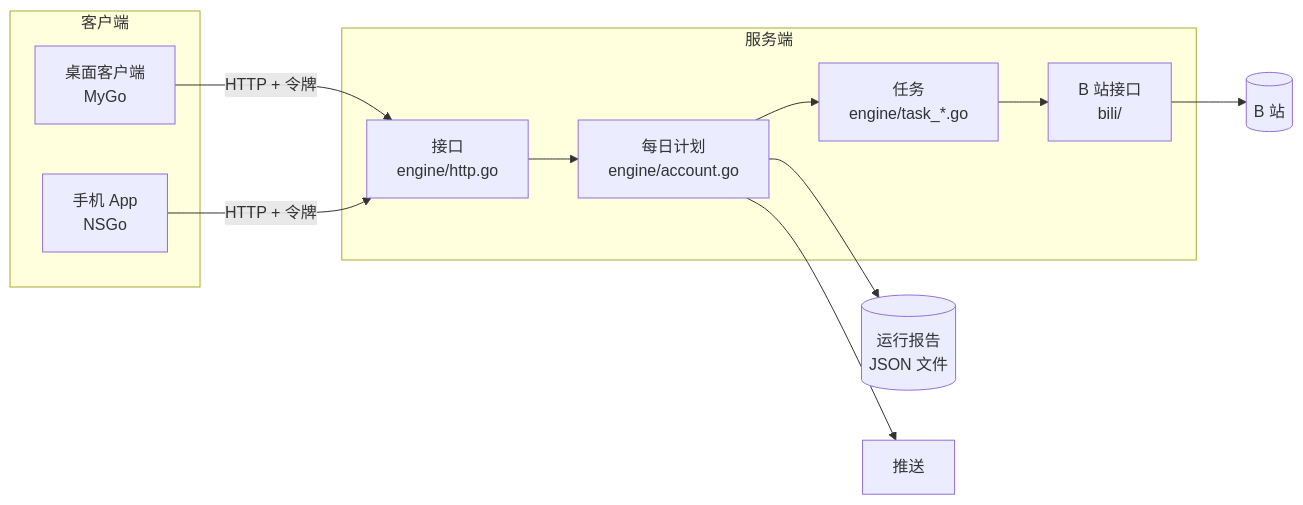
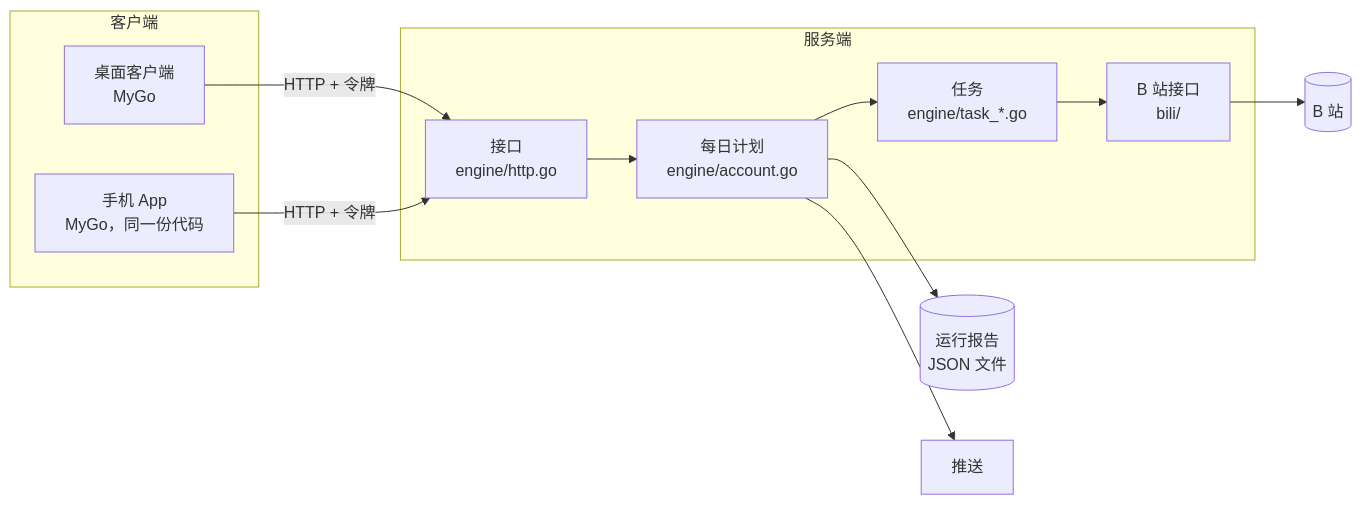
The diagram in docs/DESIGN.md (VOfficial404/bili-daily), drawn with Mermaid before and after one commit. The commit also changed other lines of this file and 42 other files, not shown here.

First line of the commit message:
手机 App 迁到 MyGo：和桌面共用 app/，去掉 NSGo 版

````diff
--- a/docs/DESIGN.md
+++ b/docs/DESIGN.md
@@ -19,18 +19,18 @@
 ```mermaid
 flowchart LR
     subgraph 客户端
         D[桌面客户端<br>MyGo]
-        M[手机 App<br>NSGo]
+        M[手机 App<br>MyGo，同一份代码]
     end
     subgraph 服务端
         A[接口<br>engine/http.go]
         S[每日计划<br>engine/account.go]
         T[任务<br>engine/task_*.go]
         B[B 站接口<br>bili/]
     end
     D -- HTTP + 令牌 --> A
     M -- HTTP + 令牌 --> A
     A --> S --> T --> B --> Bilibili[(B 站)]
     S --> R[(运行报告<br>JSON 文件)]
     S --> N[推送]
 ```
````
